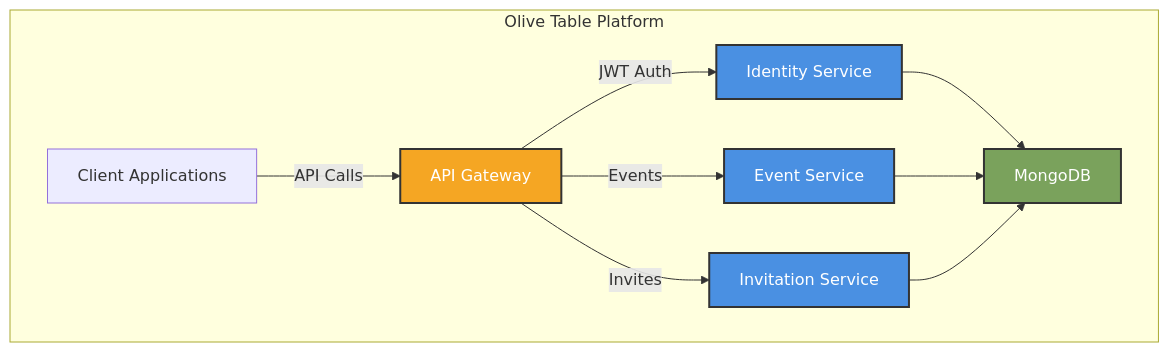
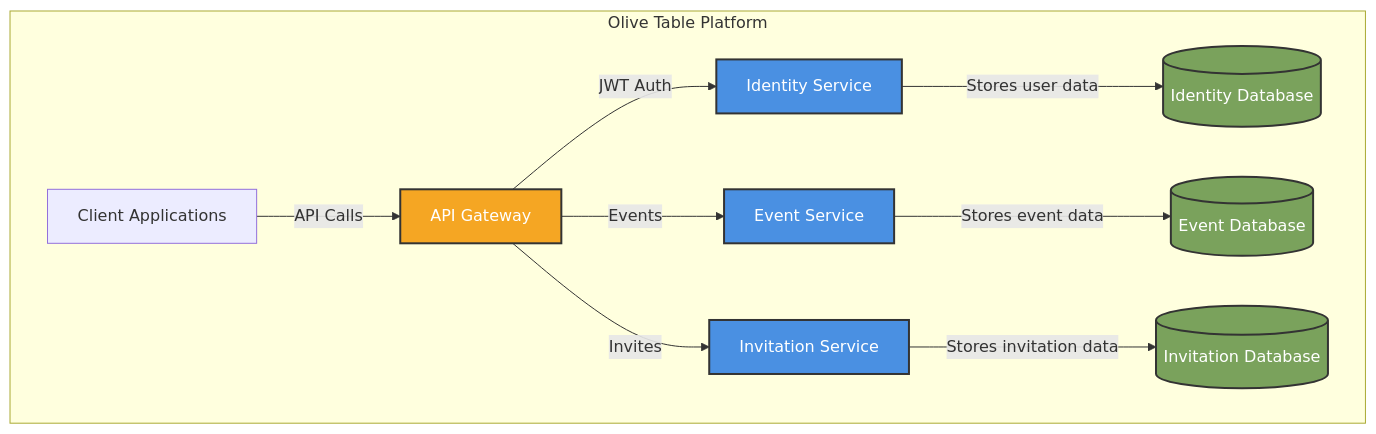
One commit to eugenetedkim/olive-table changed the first of 2 diagrams in README.md. Above: the diagram before and after it, drawn with Mermaid. The commit also changed other lines of this file, not shown here.

Commit message:
Update README.md to accurately reflect microservices architecture with separate databases

````diff
--- a/README.md
+++ b/README.md
@@ -47,22 +47,22 @@
 ```mermaid
 graph TD
     subgraph "Olive Table Platform"
         Client[Client Applications] -->|API Calls| Gateway[API Gateway]
         
         Gateway -->|JWT Auth| Identity[Identity Service]
         Gateway -->|Events| Event[Event Service]
         Gateway -->|Invites| Invite[Invitation Service]
         
-        Identity --> MongoDB[MongoDB]
-        Event --> MongoDB
-        Invite --> MongoDB
+        Identity -->|Stores user data| IdentityDB[(Identity Database)]
+        Event -->|Stores event data| EventDB[(Event Database)]
+        Invite -->|Stores invitation data| InviteDB[(Invitation Database)]
     end
     
     classDef service fill:#4a90e2,stroke:#333,stroke-width:2px,color:white
     classDef database fill:#7aa25c,stroke:#333,stroke-width:2px,color:white
     classDef gateway fill:#f5a623,stroke:#333,stroke-width:2px,color:white
     
     class Identity,Event,Invite service
-    class MongoDB database
+    class IdentityDB,EventDB,InviteDB database
     class Gateway gateway
 ```
````
